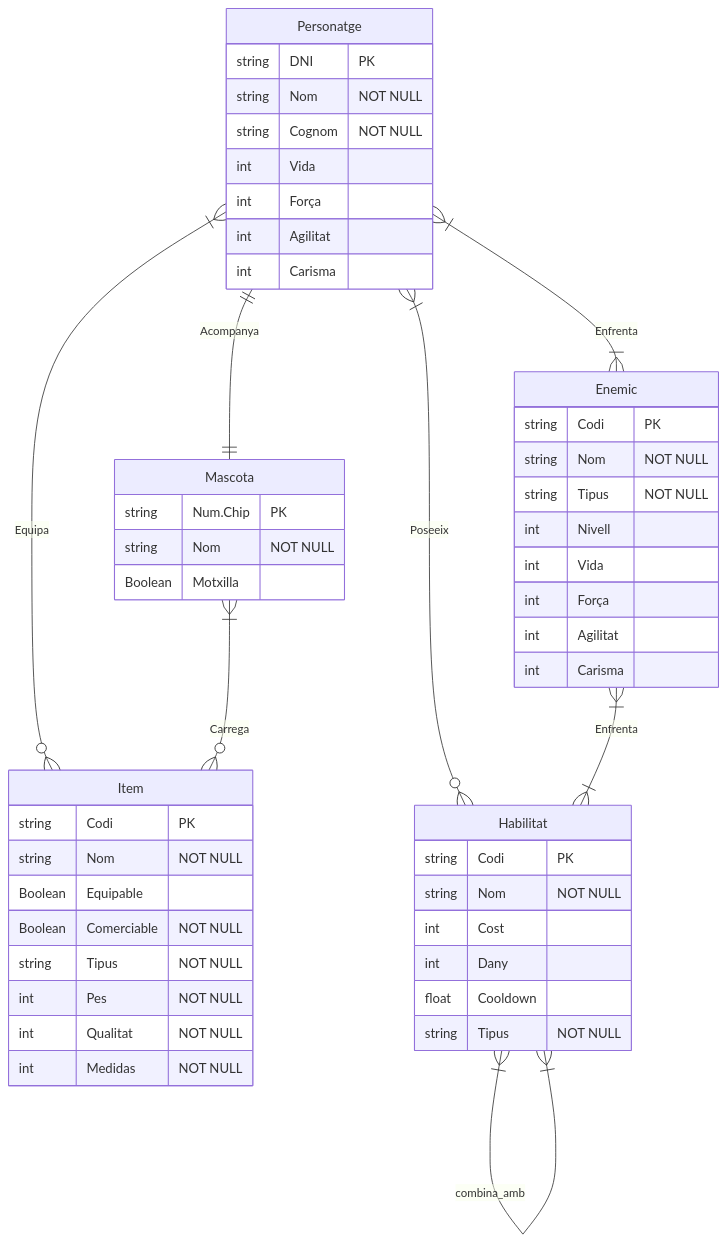
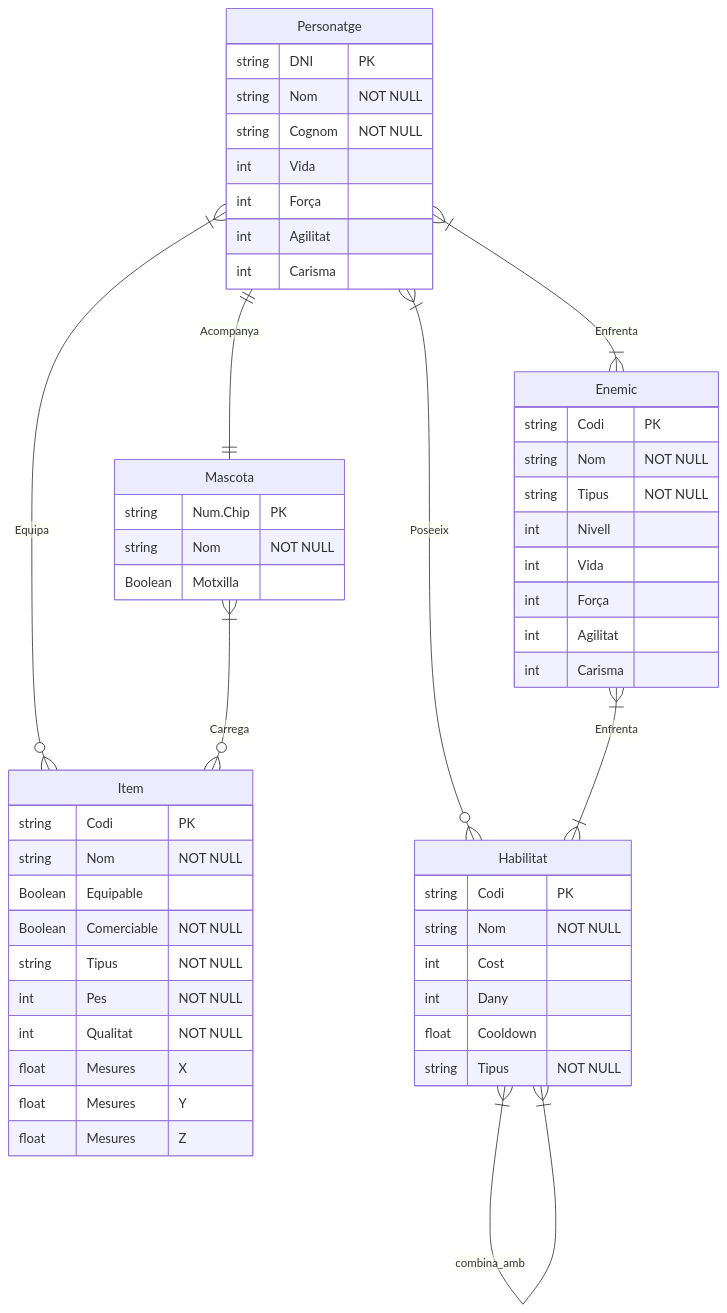
Before and after one commit to J0hnL3mon2005/Lliuraments-2627: the diagram in LMSGI/GBD/diagrama-er-mermamid.md, drawn with Mermaid.

````diff
--- a/LMSGI/GBD/diagrama-er-mermamid.md
+++ b/LMSGI/GBD/diagrama-er-mermamid.md
@@ -1,54 +1,56 @@
 ```mermaid
 
 erDiagram
     Personatge {
         string DNI "PK"
         string Nom "NOT NULL"
         string Cognom "NOT NULL"
         int Vida
         int Força
         int Agilitat
         int Carisma
     }
     Item {
         string Codi "PK"
         string Nom "NOT NULL"
         Boolean Equipable
         Boolean Comerciable "NOT NULL" 
         string Tipus "NOT NULL"
         int Pes "NOT NULL"
         int Qualitat "NOT NULL"
-        int Medidas "NOT NULL"
+        float Mesures "X"
+        float Mesures "Y"
+        float Mesures "Z"
     }
     Mascota {
         string  Num.Chip "PK"
         string Nom "NOT NULL"
         Boolean Motxilla 
     }
     Enemic {
         string Codi "PK"
         string Nom "NOT NULL"
         string Tipus "NOT NULL"
         int Nivell 
         int Vida
         int Força
         int Agilitat
         int Carisma
     }
     Habilitat {
         string Codi "PK"
         string Nom "NOT NULL"
         int Cost 
         int Dany
         float Cooldown
         string Tipus "NOT NULL"
     }
 
     Personatge }| -- o{ Item: Equipa
     Mascota }| -- o{ Item: Carrega
     Personatge || -- || Mascota: Acompanya
     Personatge }| -- |{ Enemic: Enfrenta
     Personatge }| -- o{ Habilitat: Poseeix
     Enemic }| -- |{ Habilitat: Enfrenta
     Habilitat }| -- |{ Habilitat: combina_amb
 ```
````
